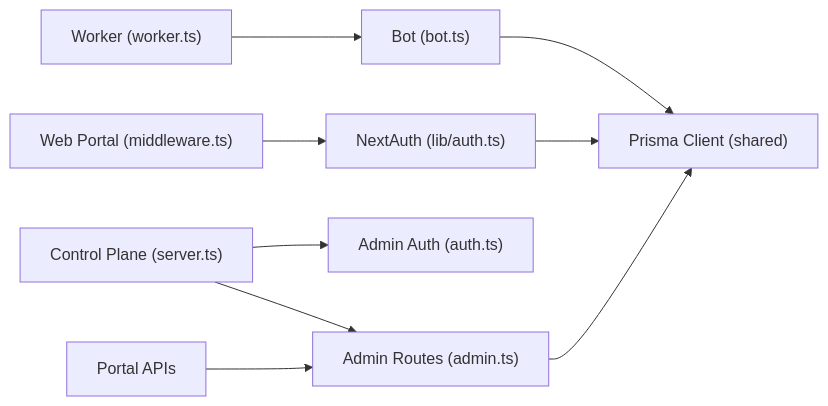
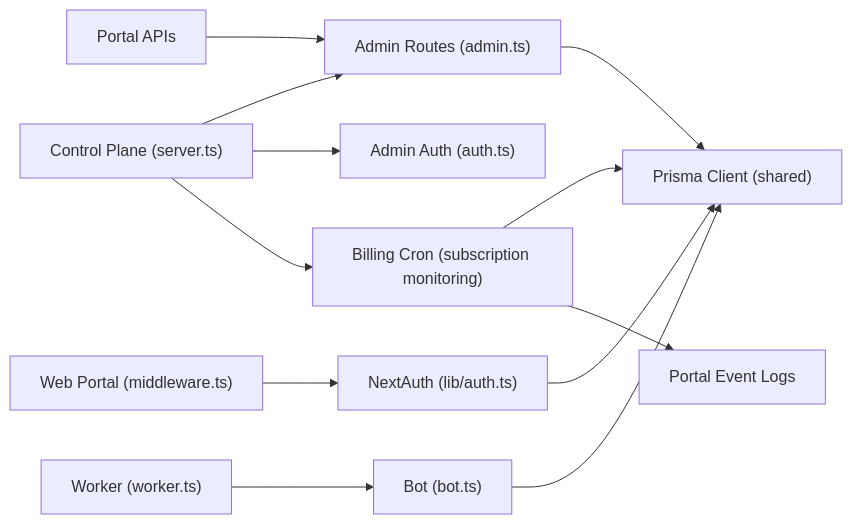
Before and after one commit to askchiwa-spec/FLOW-HQ-BOT: the tenth of 10 diagrams in .qoder/repowiki/en/content/Multi-Tenant Management/Multi-Tenant Management.md, drawn with Mermaid. The commit also changed other lines of this file and 27 other files, not shown here.

````diff
--- a/.qoder/repowiki/en/content/Multi-Tenant Management/Multi-Tenant Management.md
+++ b/.qoder/repowiki/en/content/Multi-Tenant Management/Multi-Tenant Management.md
@@ -473,11 +586,14 @@
 ```mermaid
 graph LR
 CP["Control Plane (server.ts)"] --> ADM["Admin Routes (admin.ts)"]
 CP --> AUTHM["Admin Auth (auth.ts)"]
 ADM --> PRISMA["Prisma Client (shared)"]
+CP --> BILLING["Billing Cron (subscription monitoring)"]
 WP["Web Portal (middleware.ts)"] --> NEXTAUTH["NextAuth (lib/auth.ts)"]
 NEXTAUTH --> PRISMA
 WPAPI["Portal APIs"] --> ADM
 WK["Worker (worker.ts)"] --> BOT["Bot (bot.ts)"]
 BOT --> PRISMA
+BILLING --> PRISMA
+BILLING --> EVENTS["Portal Event Logs"]
 ```
````
